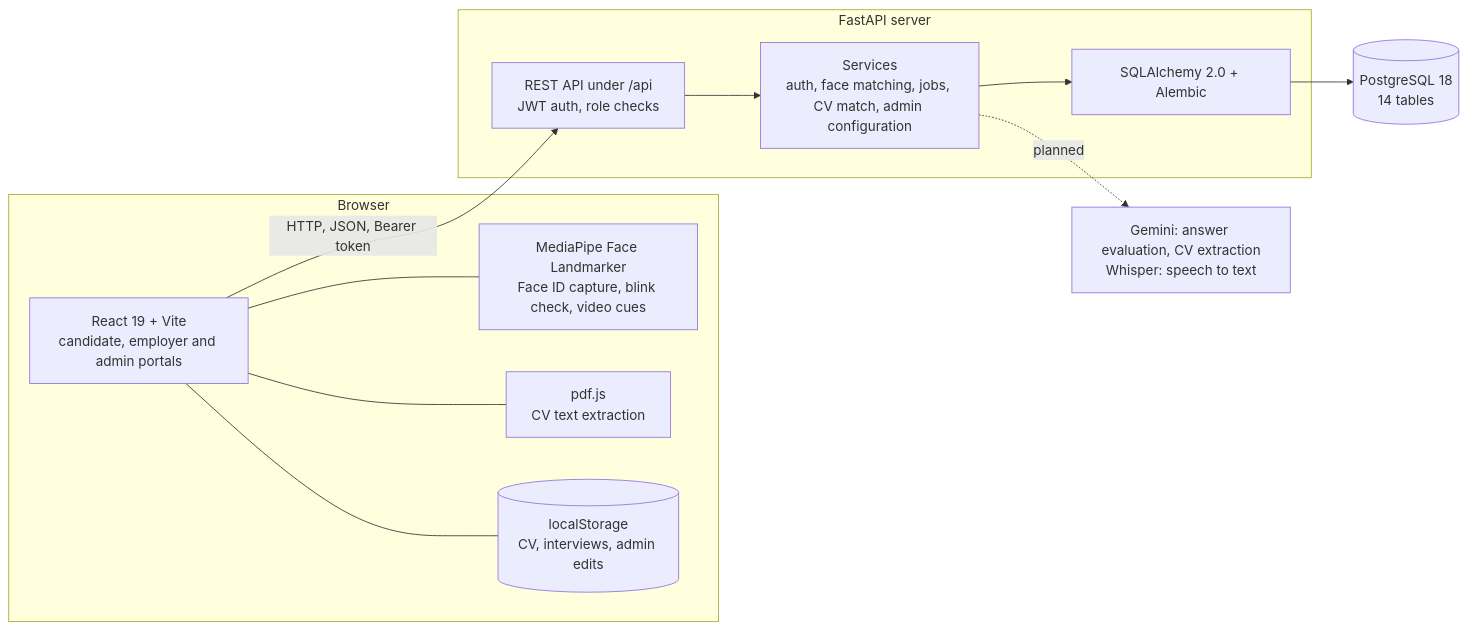
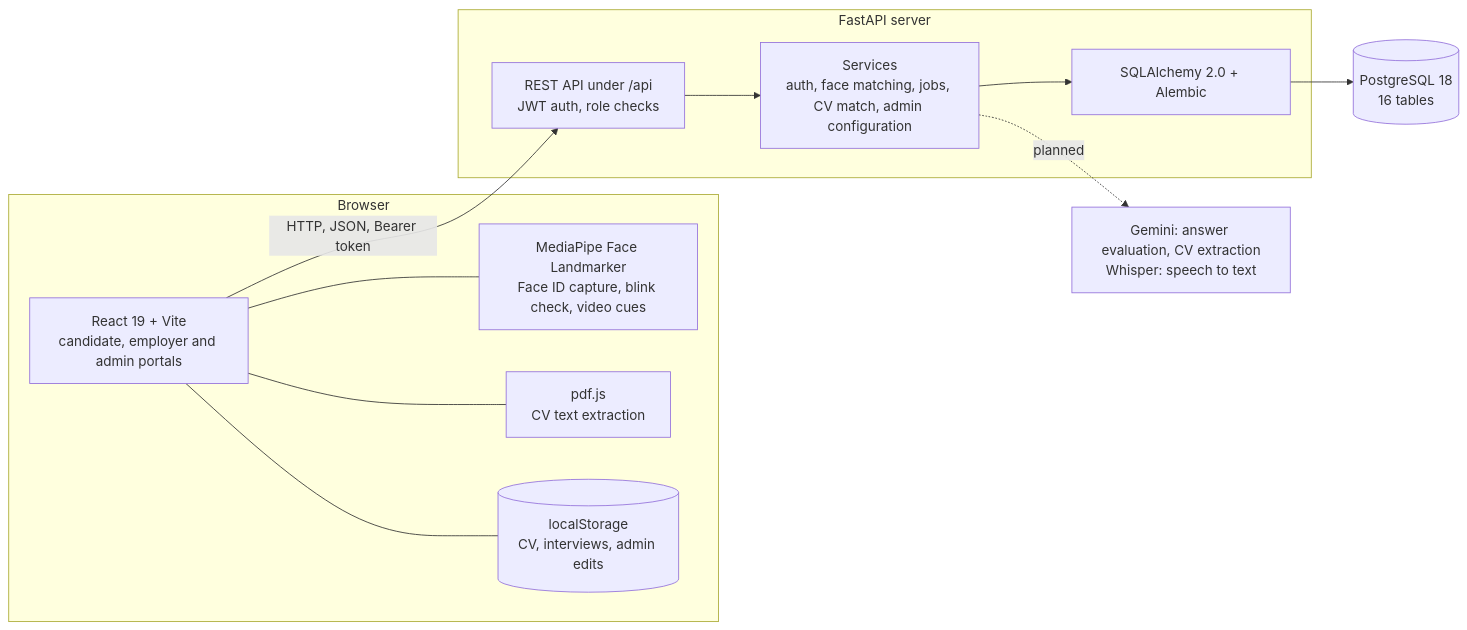
One commit to shuneenraza-bot/Intervo-Backend changed the diagram in README.md. Above: the diagram before and after it, drawn with Mermaid. The commit also changed other lines of this file and 18 other files, not shown here.

First line of the commit message:
Shortlist flow: candidate accept/decline, contact sharing and notifications

````diff
--- a/README.md
+++ b/README.md
@@ -46,26 +46,26 @@
 ```mermaid
 flowchart LR
     subgraph Browser["Browser"]
         UI["React 19 + Vite<br/>candidate, employer and admin portals"]
         MP["MediaPipe Face Landmarker<br/>Face ID capture, blink check, video cues"]
         PDF["pdf.js<br/>CV text extraction"]
         LS[("localStorage<br/>CV, interviews, admin edits")]
         UI --- MP
         UI --- PDF
         UI --- LS
     end
 
     subgraph Server["FastAPI server"]
         API["REST API under /api<br/>JWT auth, role checks"]
         SVC["Services<br/>auth, face matching, jobs, CV match, admin configuration"]
         ORM["SQLAlchemy 2.0 + Alembic"]
         API --> SVC --> ORM
     end
 
-    DB[("PostgreSQL 18<br/>14 tables")]
+    DB[("PostgreSQL 18<br/>16 tables")]
     AI["Gemini: answer evaluation, CV extraction<br/>Whisper: speech to text"]
 
     UI -- "HTTP, JSON, Bearer token" --> API
     ORM --> DB
     SVC -. "planned" .-> AI
 ```
````
